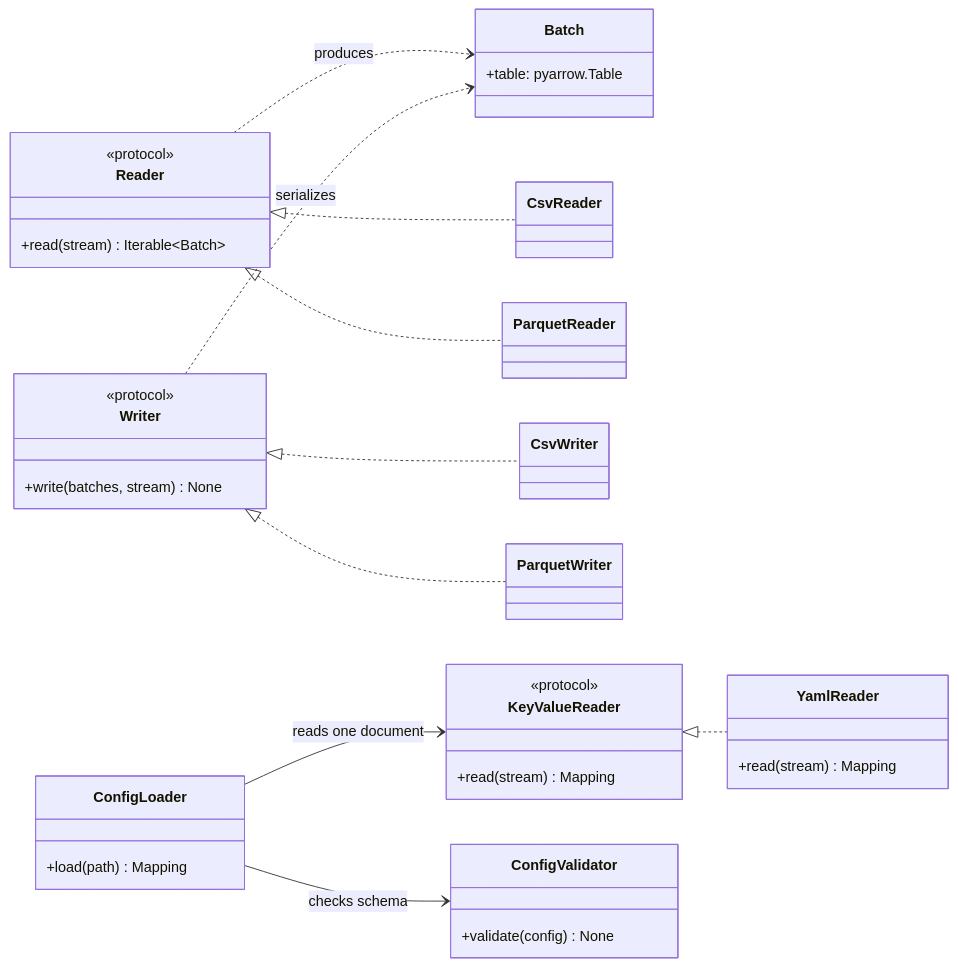
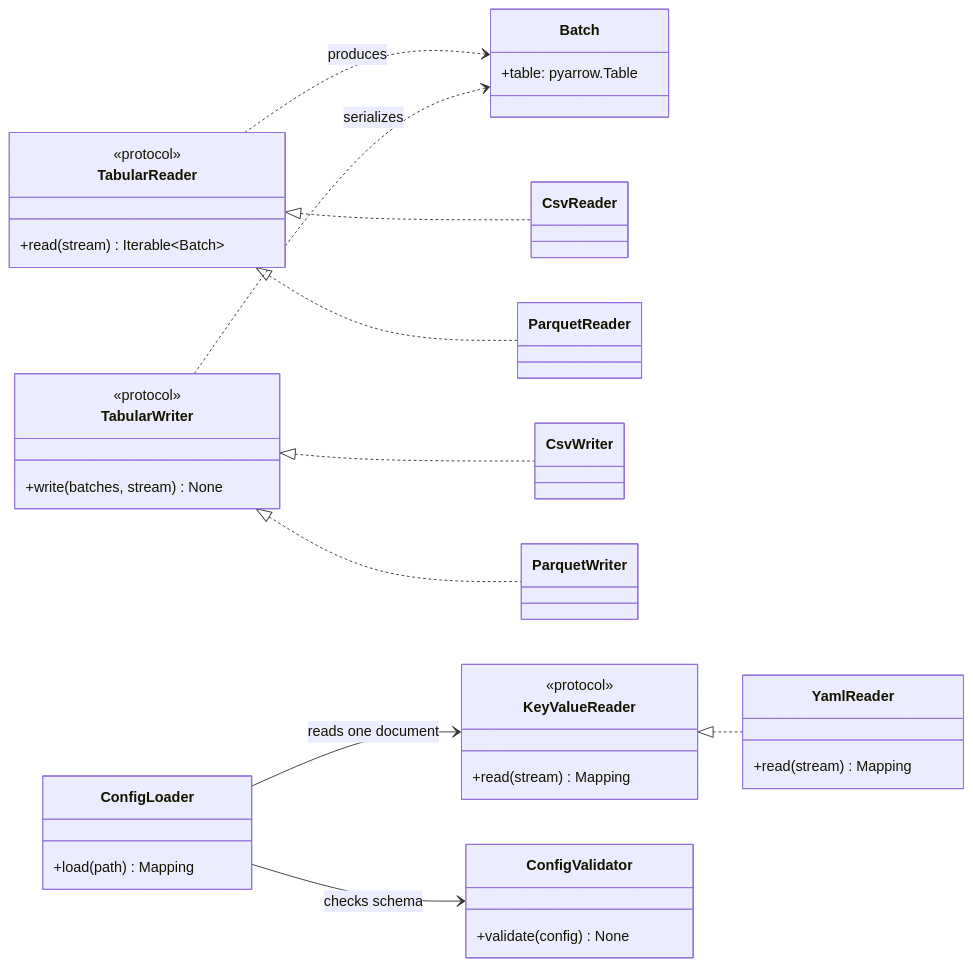
The diagram in docs/architecture/data-representation-contracts.md (apaquette/ETLRelay), drawn with Mermaid before and after one commit. The commit also changed other lines of this file and 12 other files, not shown here.

````diff
--- a/docs/architecture/data-representation-contracts.md
+++ b/docs/architecture/data-representation-contracts.md
@@ -108,43 +100,43 @@
 ```mermaid
 classDiagram
     direction LR
 
     class Batch {
         +table: pyarrow.Table
     }
-    class Reader {
+    class TabularReader {
         <<protocol>>
         +read(stream) Iterable~Batch~
     }
-    class Writer {
+    class TabularWriter {
         <<protocol>>
         +write(batches, stream) None
     }
     class CsvReader
     class ParquetReader
     class CsvWriter
     class ParquetWriter
     class KeyValueReader {
         <<protocol>>
         +read(stream) Mapping
     }
     class YamlReader {
         +read(stream) Mapping
     }
     class ConfigLoader {
         +load(path) Mapping
     }
     class ConfigValidator {
         +validate(config) None
     }
 
-    Reader <|.. CsvReader
-    Reader <|.. ParquetReader
-    Writer <|.. CsvWriter
-    Writer <|.. ParquetWriter
+    TabularReader <|.. CsvReader
+    TabularReader <|.. ParquetReader
+    TabularWriter <|.. CsvWriter
+    TabularWriter <|.. ParquetWriter
     KeyValueReader <|.. YamlReader
     ConfigLoader --> KeyValueReader : reads one document
     ConfigLoader --> ConfigValidator : checks schema
-    Reader ..> Batch : produces
-    Writer ..> Batch : serializes
+    TabularReader ..> Batch : produces
+    TabularWriter ..> Batch : serializes
 ```
````
